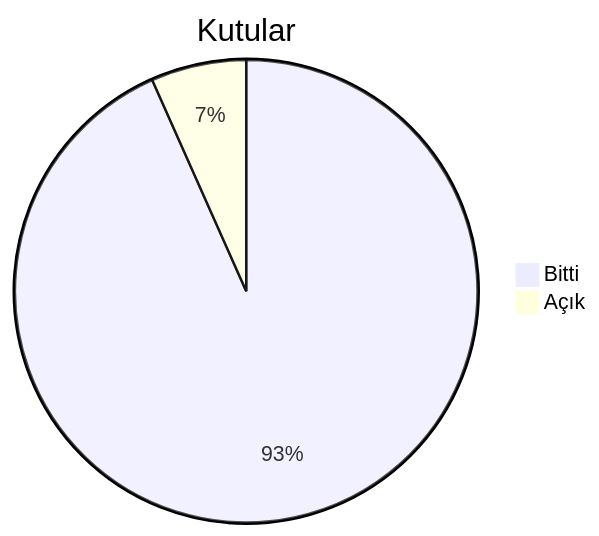
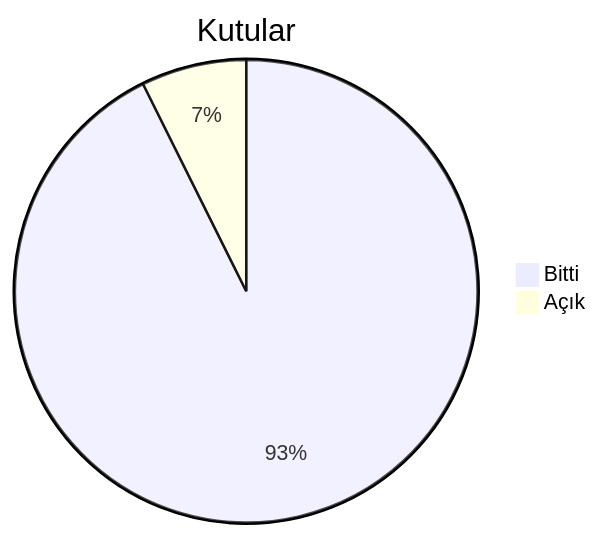
The second of 5 diagrams in docs/roadmap.md (dogancanyildiz/kenet), drawn with Mermaid before and after one commit. The commit also changed other lines of this file and 104 other files, not shown here.

````diff
--- a/docs/roadmap.md
+++ b/docs/roadmap.md
@@ -47,5 +47,5 @@
 ```mermaid
 pie title Kutular
     "Bitti" : 126
-    "Açık" : 9
+    "Açık" : 10
 ```
````
